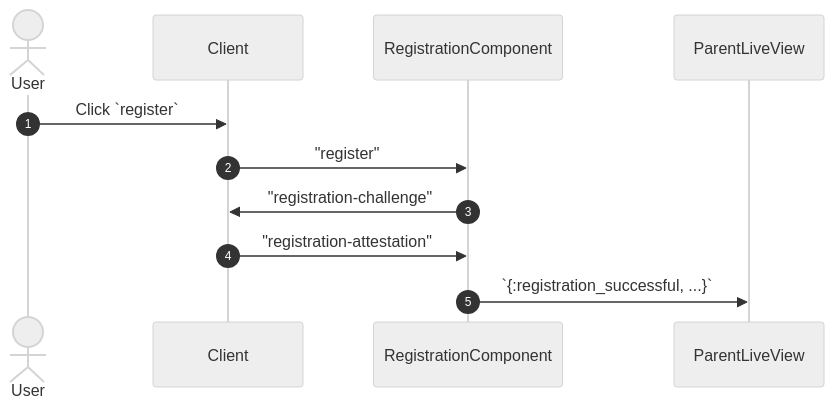
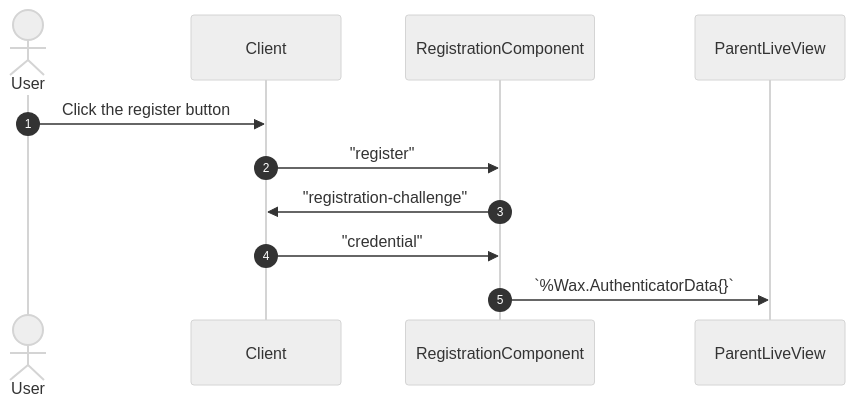
The second of 3 diagrams in webauthn_flows.md (liveshowy/webauthn_components), drawn with Mermaid (neutral theme) before and after one commit. The commit also changed other lines of this file and 20 other files, not shown here.

````diff
--- a/webauthn_flows.md
+++ b/webauthn_flows.md
@@ -37,14 +31,14 @@
 ```mermaid
 sequenceDiagram
    autonumber
    actor User
    participant Client
    participant RegistrationComponent
    participant ParentLiveView
 
-   User->>Client: Click `register`
+   User->>Client: Click the register button
    Client->>RegistrationComponent: "register"
    RegistrationComponent->>Client: "registration-challenge"
-   Client->>RegistrationComponent: "registration-attestation"
-   RegistrationComponent->>ParentLiveView: `{:registration_successful, ...}`
+   Client->>RegistrationComponent: "credential"
+   RegistrationComponent->>ParentLiveView: `%Wax.AuthenticatorData{}`
 ```
````
